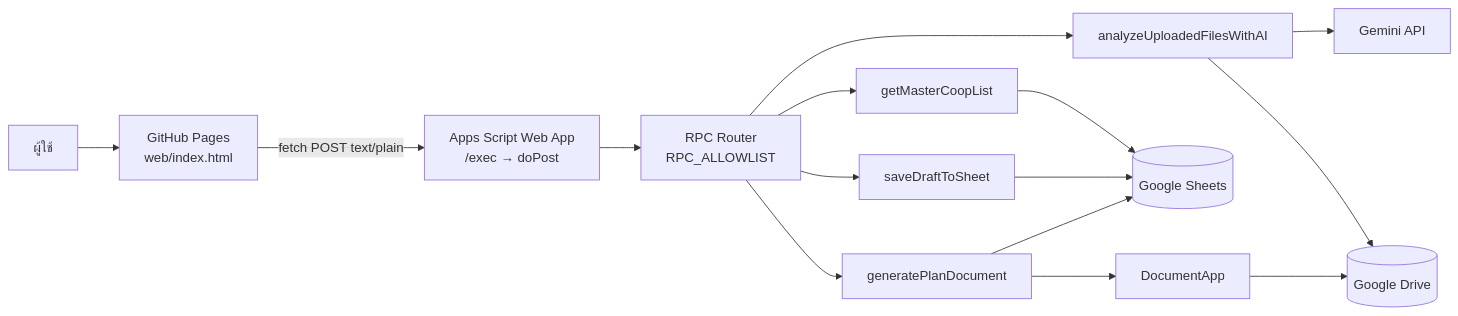
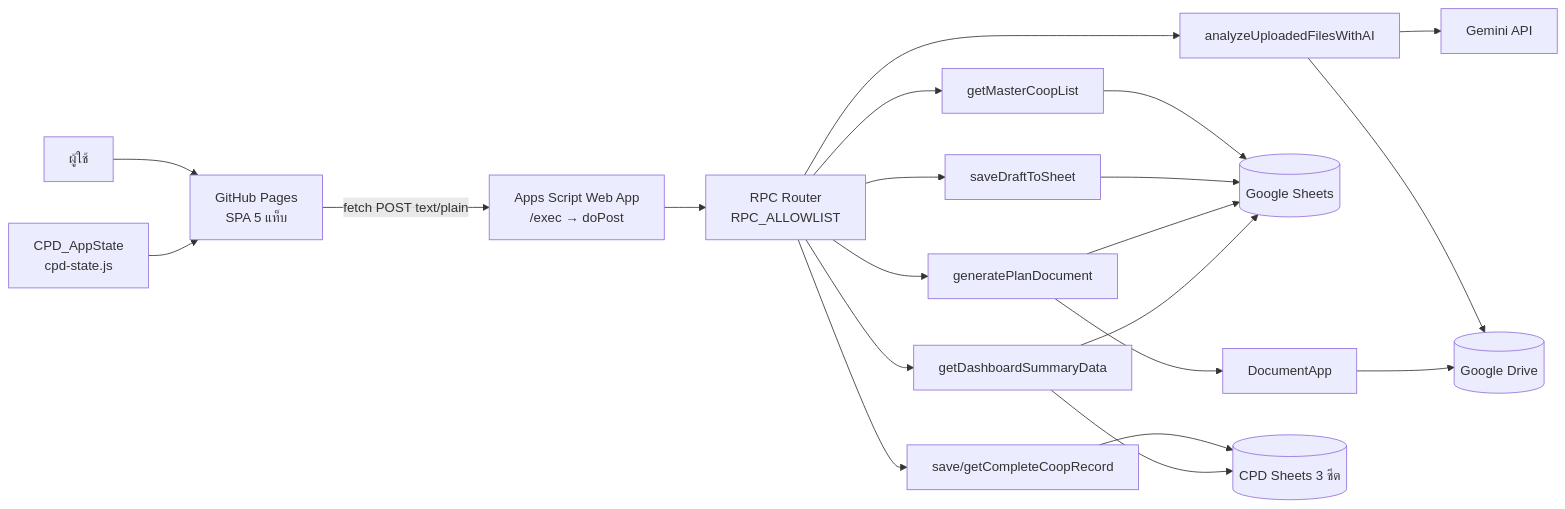
The diagram in docs/architecture.md (supakritkhawthong-lab/cps-promotion-plan-2570), drawn with Mermaid before and after one commit. The commit also changed other lines of this file and 11 other files, not shown here.

Commit message:
Phase 2: complete CPD 5-tab SPA, sync, dashboard, and backend

````diff
--- a/docs/architecture.md
+++ b/docs/architecture.md
@@ -33,17 +33,23 @@
 ```mermaid
 flowchart LR
-  U[ผู้ใช้] --> P[GitHub Pages<br/>web/index.html]
+  U[ผู้ใช้] --> P[GitHub Pages<br/>SPA 5 แท็บ]
+  S1[CPD_AppState<br/>cpd-state.js] --> P
   P -->|fetch POST text/plain| A[Apps Script Web App<br/>/exec → doPost]
   A --> R[RPC Router<br/>RPC_ALLOWLIST]
   R --> F1[getMasterCoopList]
   R --> F2[saveDraftToSheet]
   R --> F3[analyzeUploadedFilesWithAI]
   R --> F4[generatePlanDocument]
+  R --> F5[save/getCompleteCoopRecord]
+  R --> F6[getDashboardSummaryData]
   F1 --> S[(Google Sheets)]
   F2 --> S
   F3 --> G[Gemini API]
   F3 --> D[(Google Drive)]
   F4 --> S
   F4 --> DOC[DocumentApp]
   DOC --> D
+  F5 --> C[(CPD Sheets 3 ชีต)]
+  F6 --> C
+  F6 --> S
 ```
````
